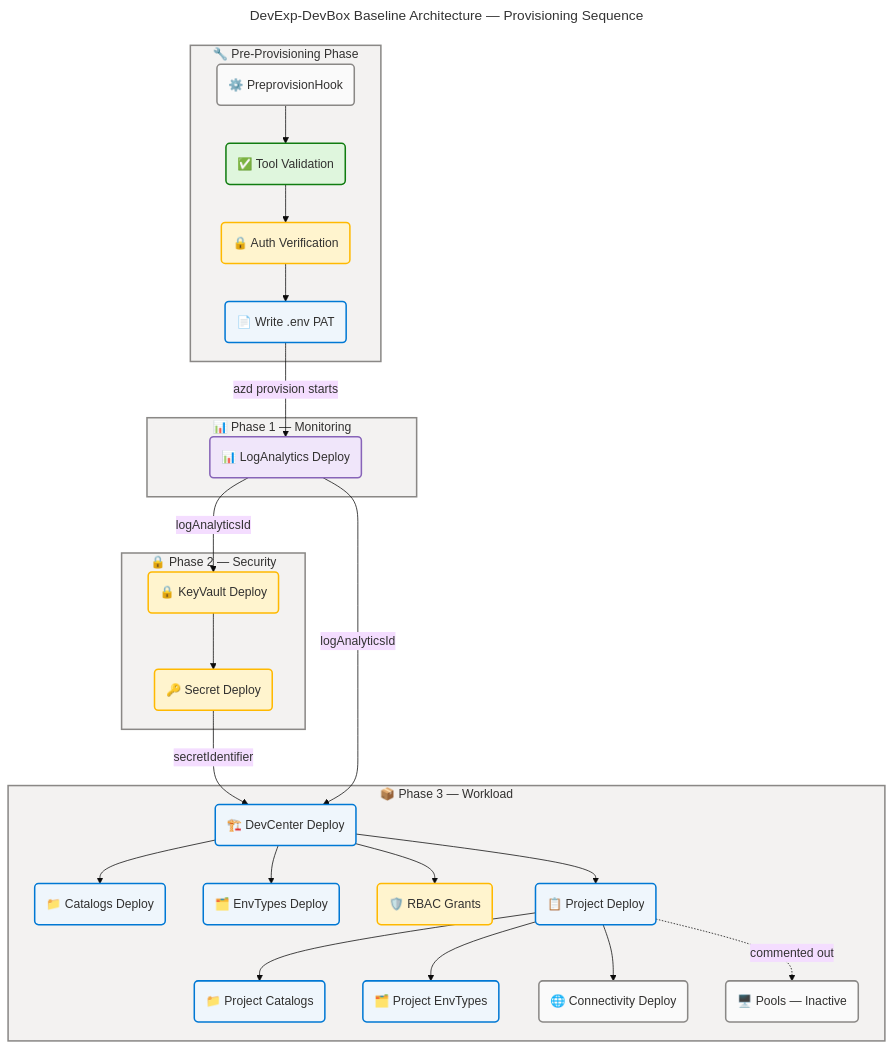
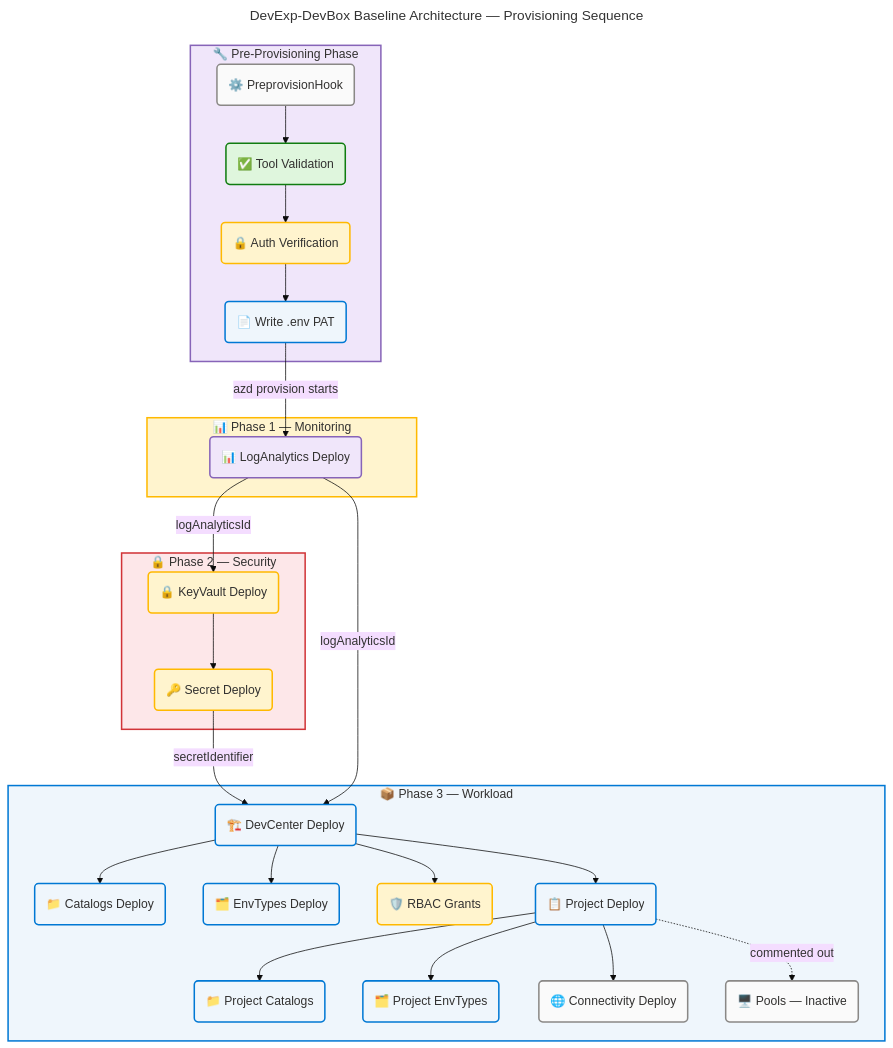
The fifth of 7 diagrams in docs/architecture/application-architecture.md (Evilazaro/DevExp-DevBox), drawn with Mermaid before and after one commit. The commit also changed other lines of this file and 1 other file, not shown here.

Commit message:
refactor: Update Mermaid diagram styles for improved visual clarity in application architecture documentation

```diff
--- a/docs/architecture/application-architecture.md
+++ b/docs/architecture/application-architecture.md
@@ -740,10 +748,10 @@
     ProjDepl --> ConnDepl
     ProjDepl -.->|"commented out"| PoolDepl
 
-    style PreProv fill:#F3F2F1,stroke:#8A8886,stroke-width:2px,color:#323130
-    style MonPhase fill:#F3F2F1,stroke:#8A8886,stroke-width:2px,color:#323130
-    style SecPhase fill:#F3F2F1,stroke:#8A8886,stroke-width:2px,color:#323130
-    style WLPhase fill:#F3F2F1,stroke:#8A8886,stroke-width:2px,color:#323130
+    style PreProv fill:#F0E6FA,stroke:#8764B8,stroke-width:2px,color:#323130
+    style MonPhase fill:#FFF4CE,stroke:#FFB900,stroke-width:2px,color:#323130
+    style SecPhase fill:#FDE7E9,stroke:#D13438,stroke-width:2px,color:#323130
+    style WLPhase fill:#EFF6FC,stroke:#0078D4,stroke-width:2px,color:#323130
 
     classDef neutral fill:#FAFAFA,stroke:#8A8886,stroke-width:2px,color:#323130
     classDef core fill:#EFF6FC,stroke:#0078D4,stroke-width:2px,color:#323130
```
